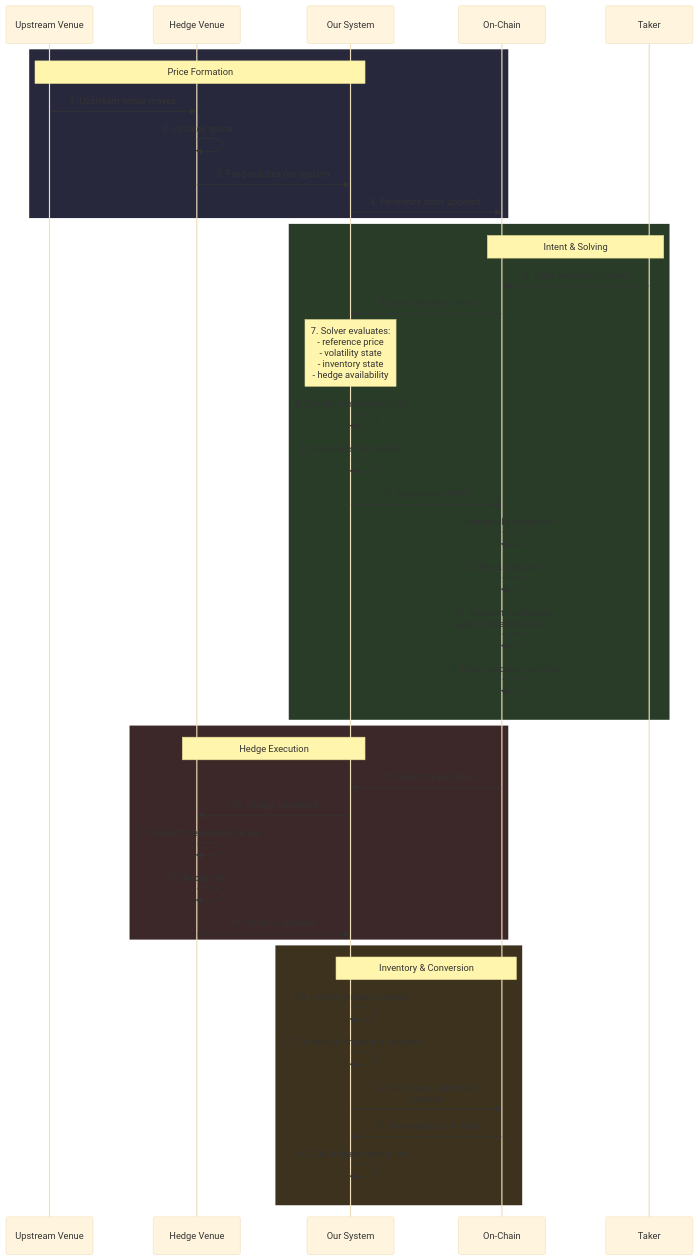
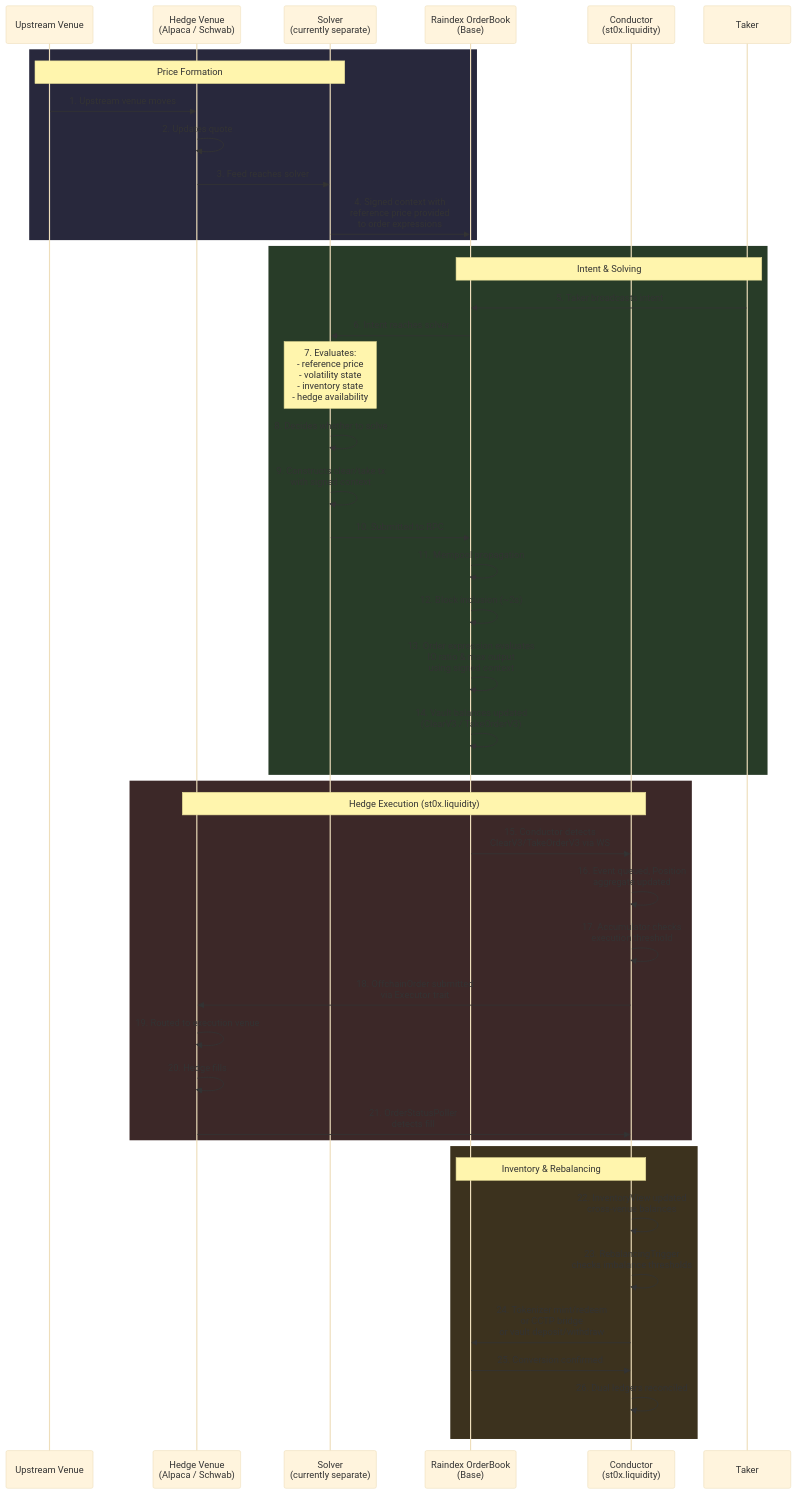
The first of 9 diagrams in TRUTH.md (ST0x-Technology/st0x.liquidity), drawn with Mermaid (base theme) before and after one commit. The commit also changed other lines of this file, not shown here.

````diff
--- a/TRUTH.md
+++ b/TRUTH.md
@@ -23,48 +27,51 @@
 ```mermaid
 sequenceDiagram
     participant UV as Upstream Venue
-    participant HV as Hedge Venue
-    participant Sys as Our System
-    participant Chain as On-Chain
+    participant HV as Hedge Venue<br/>(Alpaca / Schwab)
+    participant Solver as Solver<br/>(currently separate)
+    participant OB as Raindex OrderBook<br/>(Base)
+    participant Conductor as Conductor<br/>(st0x.liquidity)
     participant Taker
 
     rect rgb(40, 40, 60)
-    note over UV, Sys: Price Formation
+    note over UV, Solver: Price Formation
     UV->>HV: 1. Upstream venue moves
     HV->>HV: 2. Updates quote
-    HV->>Sys: 3. Feed reaches our system
-    Sys->>Chain: 4. Reference state updated
+    HV->>Solver: 3. Feed reaches solver
+    Solver->>OB: 4. Signed context with<br/>reference price provided<br/>to order expressions
     end
 
     rect rgb(40, 60, 40)
-    note over Taker, Chain: Intent & Solving
-    Taker->>Chain: 5. Taker broadcasts intent
-    Chain->>Sys: 6. Intent reaches solver
-    note over Sys: 7. Solver evaluates:<br/>- reference price<br/>- volatility state<br/>- inventory state<br/>- hedge availability
-    Sys->>Sys: 8. Decides whether to solve
-    Sys->>Sys: 9. Constructs transaction
-    Sys->>Chain: 10. Submitted to RPC
-    Chain->>Chain: 11. Mempool propagation
-    Chain->>Chain: 12. Block inclusion
-    Chain->>Chain: 13. Contract revalidates<br/>against reference state
-    Chain->>Chain: 14. Trade executes on-chain
+    note over Taker, OB: Intent & Solving
+    Taker->>OB: 5. Taker broadcasts intent
+    OB->>Solver: 6. Intent reaches solver
+    note over Solver: 7. Evaluates:<br/>- reference price<br/>- volatility state<br/>- inventory state<br/>- hedge availability
+    Solver->>Solver: 8. Decides whether to solve
+    Solver->>Solver: 9. Constructs clear/take tx<br/>with signed context
+    Solver->>OB: 10. Submitted to RPC
+    OB->>OB: 11. Mempool propagation
+    OB->>OB: 12. Block inclusion (~2s)
+    OB->>OB: 13. Order expression evaluates<br/>IO ratio & max output<br/>using signed context
+    OB->>OB: 14. Vault balances updated<br/>(ClearV3 / TakeOrderV3)
     end
 
     rect rgb(60, 40, 40)
-    note over Sys, HV: Hedge Execution
-    Chain->>Sys: 15. Detects execution
-    Sys->>HV: 16. Hedge submitted
-    HV->>HV: 17. Routed to execution venue
-    HV->>HV: 18. Hedge fills
-    HV->>Sys: 19. Position updated
+    note over Conductor, HV: Hedge Execution (st0x.liquidity)
+    OB->>Conductor: 15. Conductor detects<br/>ClearV3/TakeOrderV3 via WS
+    Conductor->>Conductor: 16. Event queued, Position<br/>aggregate updated
+    Conductor->>Conductor: 17. Accumulator checks<br/>execution threshold
+    Conductor->>HV: 18. OffchainOrder submitted<br/>via Executor trait
+    HV->>HV: 19. Routed to execution venue
+    HV->>HV: 20. Hedge fills
+    HV->>Conductor: 21. OrderStatusPoller<br/>detects fill
     end
 
     rect rgb(60, 50, 30)
-    note over Sys, Chain: Inventory & Conversion
-    Sys->>Sys: 20. Inventory state updated
-    Sys->>Sys: 21. Conversion threshold checked
-    Sys->>Chain: 22. Mint/burn submitted<br/>if needed
-    Chain->>Sys: 23. Conversion confirmed
-    Sys->>Sys: 24. Dual ledgers reconciled
+    note over Conductor, OB: Inventory & Rebalancing
+    Conductor->>Conductor: 22. InventoryView updated<br/>cross-venue balances
+    Conductor->>Conductor: 23. RebalancingTrigger<br/>checks imbalance thresholds
+    Conductor->>OB: 24. Tokenizer mint/redeem<br/>or CCTP bridge<br/>or vault deposit/withdraw
+    OB->>Conductor: 25. Conversion confirmed
+    Conductor->>Conductor: 26. Dual ledgers reconciled
     end
 ```
````
